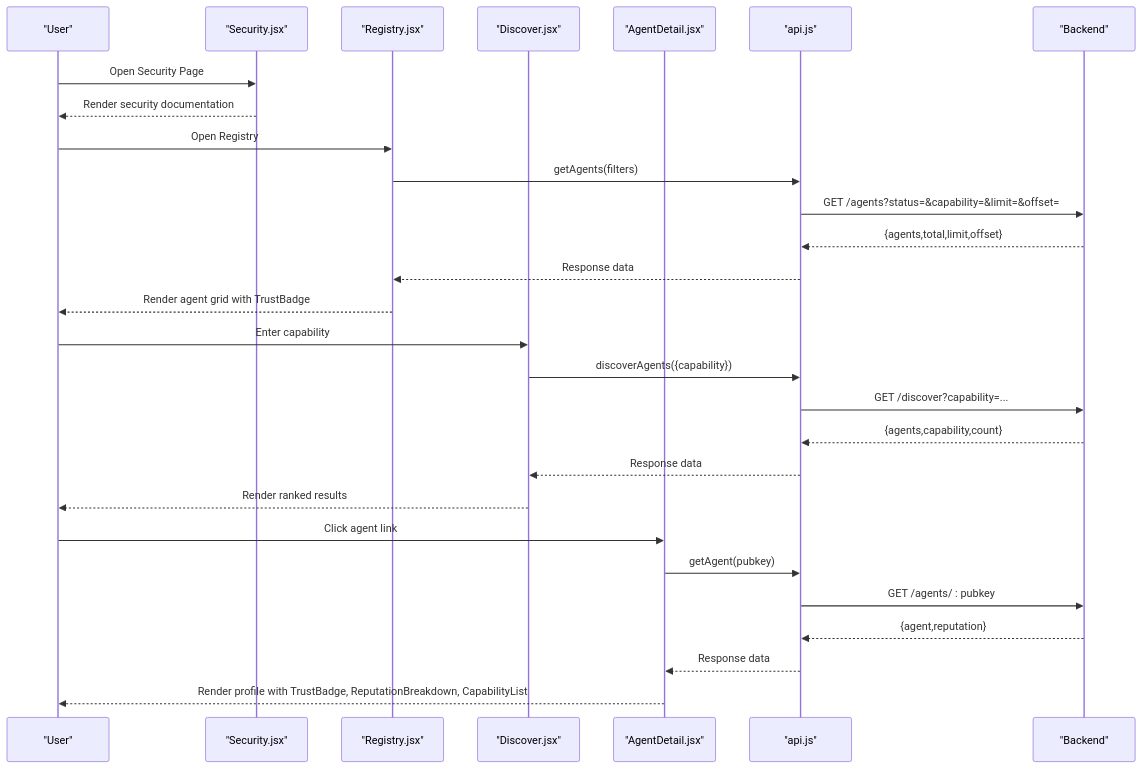
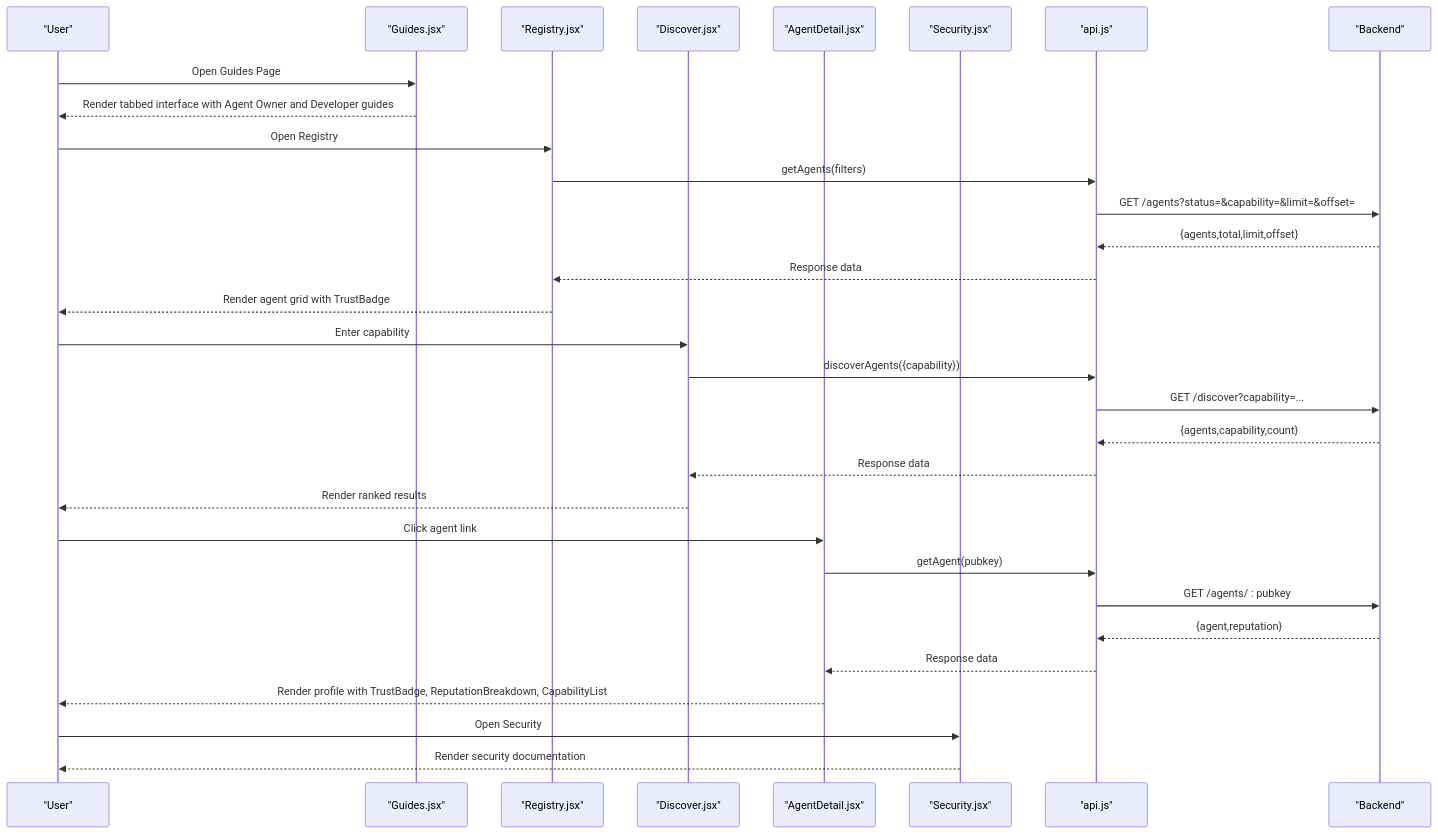
Before and after one commit to RunTimeAdmin/AgentID: the second of 9 diagrams in .qoder/repowiki/en/content/Frontend Application/Page Components/Page Components.md, drawn with Mermaid. The commit also changed other lines of this file and 17 other files, not shown here.

````diff
--- a/.qoder/repowiki/en/content/Frontend Application/Page Components/Page Components.md
+++ b/.qoder/repowiki/en/content/Frontend Application/Page Components/Page Components.md
@@ -142,30 +151,33 @@
 ```mermaid
 sequenceDiagram
 participant U as "User"
-participant S as "Security.jsx"
+participant G as "Guides.jsx"
 participant R as "Registry.jsx"
 participant D as "Discover.jsx"
 participant A as "AgentDetail.jsx"
+participant S as "Security.jsx"
 participant C as "api.js"
 participant B as "Backend"
-U->>S : Open Security Page
-S-->>U : Render security documentation
+U->>G : Open Guides Page
+G-->>U : Render tabbed interface with Agent Owner and Developer guides
 U->>R : Open Registry
 R->>C : getAgents(filters)
 C->>B : GET /agents?status=&capability=&limit=&offset=
 B-->>C : {agents,total,limit,offset}
 C-->>R : Response data
 R-->>U : Render agent grid with TrustBadge
 U->>D : Enter capability
 D->>C : discoverAgents({capability})
 C->>B : GET /discover?capability=...
 B-->>C : {agents,capability,count}
 C-->>D : Response data
 D-->>U : Render ranked results
 U->>A : Click agent link
 A->>C : getAgent(pubkey)
 C->>B : GET /agents/ : pubkey
 B-->>C : {agent,reputation}
 C-->>A : Response data
 A-->>U : Render profile with TrustBadge, ReputationBreakdown, CapabilityList
+U->>S : Open Security
+S-->>U : Render security documentation
 ```
````
